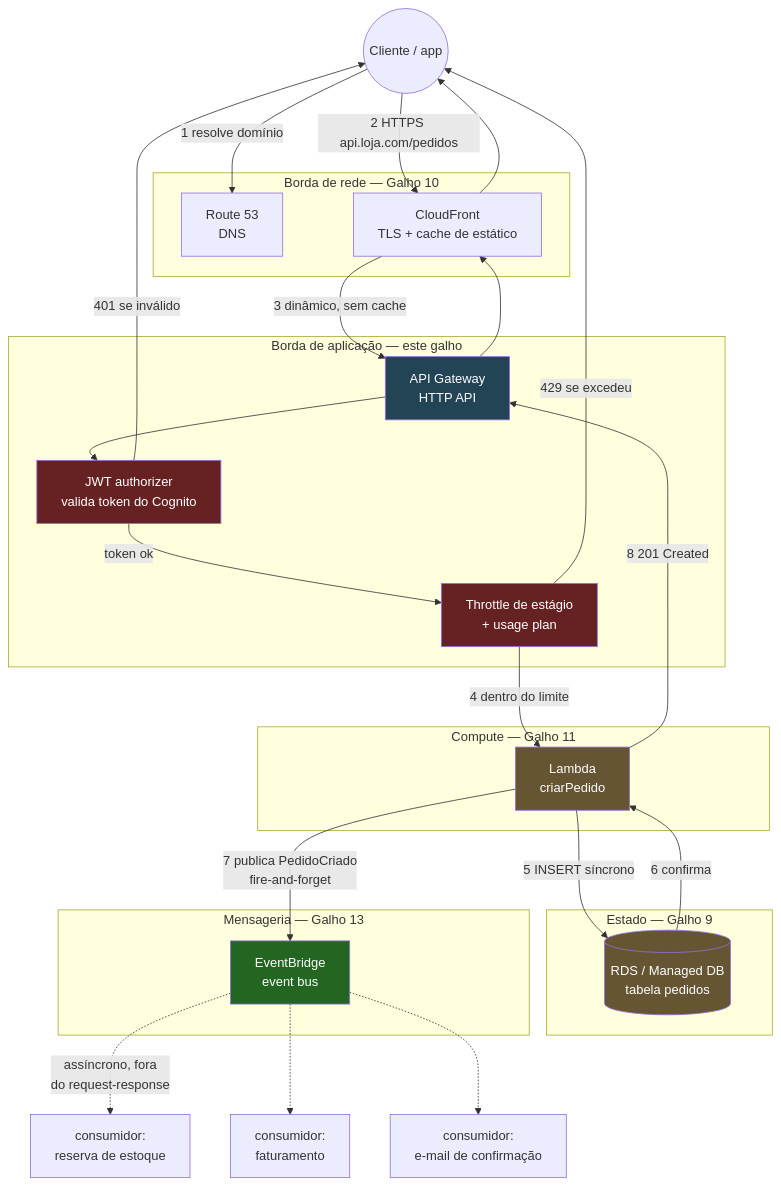
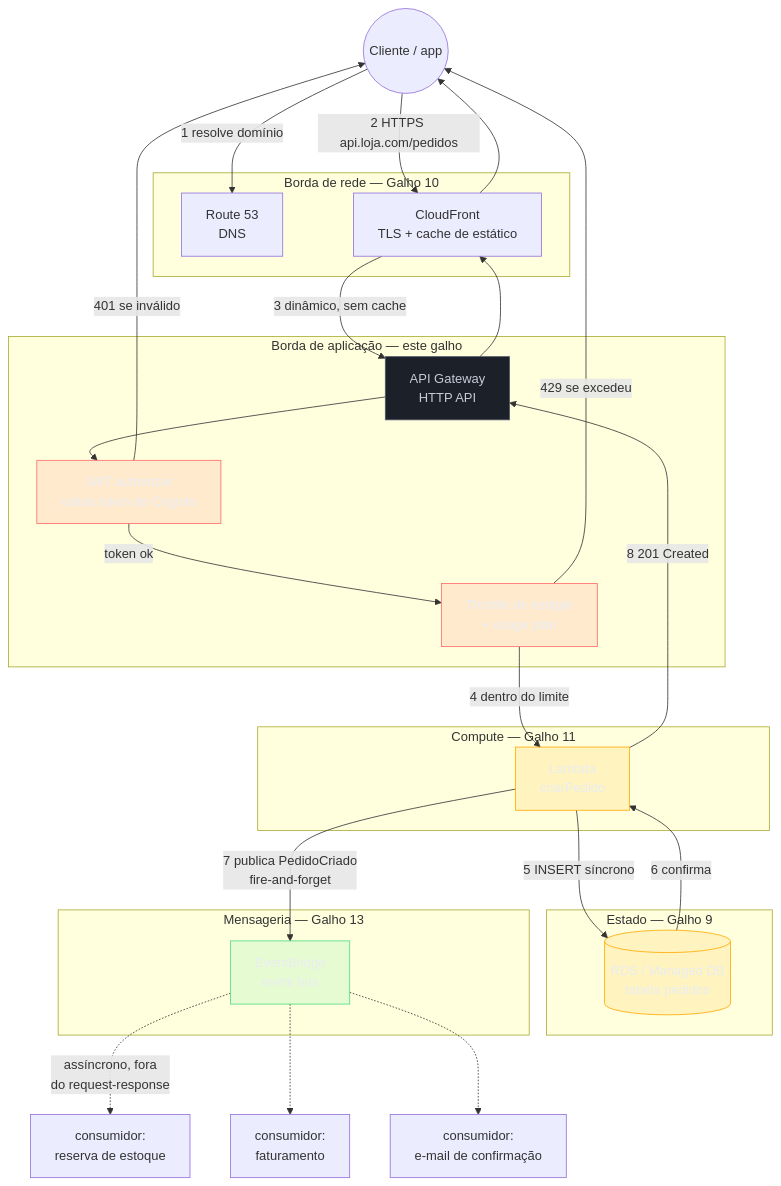
One commit to josenaldo/codex-technomanticus changed the first of 5 diagrams in 03-Dominios/Tecnologia/Cloud/14 - API Gateway e edge de aplicação/06 - Compondo a borda de API (capstone).md. Above: the diagram before and after it, drawn with Mermaid. The commit also changed 1181 other files, not shown here.

First line of the commit message:
fix(diagramas): paleta do sistema no lugar de cor cravada no markdown

````diff
--- a/03-Dominios/Tecnologia/Cloud/14 - API Gateway e edge de aplicação/06 - Compondo a borda de API (capstone).md
+++ b/03-Dominios/Tecnologia/Cloud/14 - API Gateway e edge de aplicação/06 - Compondo a borda de API (capstone).md
@@ -26,52 +26,56 @@
 ```mermaid
 flowchart TB
+    classDef neutro fill:#1B2029,stroke:#4E5666,color:#C6CCD8
+    classDef falha fill:#FF6B6B24,stroke:#FF6B6B,color:#E9ECF2
+    classDef destaque fill:#FFAA0024,stroke:#FFAA00,color:#E9ECF2
+    classDef ok fill:#4ADE8021,stroke:#4ADE80,color:#E9ECF2
     User(("Cliente / app"))
 
     subgraph Rede["Borda de rede — Galho 10"]
         R53["Route 53<br/>DNS"]
         CF["CloudFront<br/>TLS + cache de estático"]
     end
 
     subgraph App["Borda de aplicação — este galho"]
         GW["API Gateway<br/>HTTP API"]
         AUTH["JWT authorizer<br/>valida token do Cognito"]
         THR["Throttle de estágio<br/>+ usage plan"]
     end
 
     subgraph Compute["Compute — Galho 11"]
         LAM["Lambda<br/>criarPedido"]
     end
 
     subgraph Dados["Estado — Galho 9"]
         DB[("RDS / Managed DB<br/>tabela pedidos")]
     end
 
     subgraph Msg["Mensageria — Galho 13"]
         EB["EventBridge<br/>event bus"]
     end
 
     User -->|"1 resolve domínio"| R53
     User -->|"2 HTTPS api.loja.com/pedidos"| CF
     CF -->|"3 dinâmico, sem cache"| GW
     GW --> AUTH
     AUTH -->|"401 se inválido"| User
     AUTH -->|"token ok"| THR
     THR -->|"429 se excedeu"| User
     THR -->|"4 dentro do limite"| LAM
     LAM -->|"5 INSERT síncrono"| DB
     DB -->|"6 confirma"| LAM
     LAM -->|"7 publica PedidoCriado<br/>fire-and-forget"| EB
     LAM -->|"8 201 Created"| GW
     GW --> CF --> User
 
     EB -.->|"assíncrono, fora<br/>do request-response"| Estoque["consumidor:<br/>reserva de estoque"]
     EB -.-> Fatura["consumidor:<br/>faturamento"]
     EB -.-> Notif["consumidor:<br/>e-mail de confirmação"]
 
-    style GW fill:#245,color:#fff
-    style AUTH fill:#622,color:#fff
-    style THR fill:#622,color:#fff
-    style LAM fill:#653,color:#fff
-    style DB fill:#653,color:#fff
-    style EB fill:#262,color:#fff
+    class GW neutro
+    class AUTH falha
+    class THR falha
+    class LAM destaque
+    class DB destaque
+    class EB ok
 ```
````
